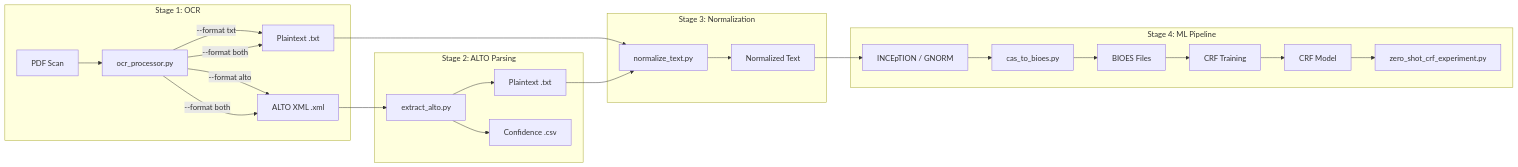
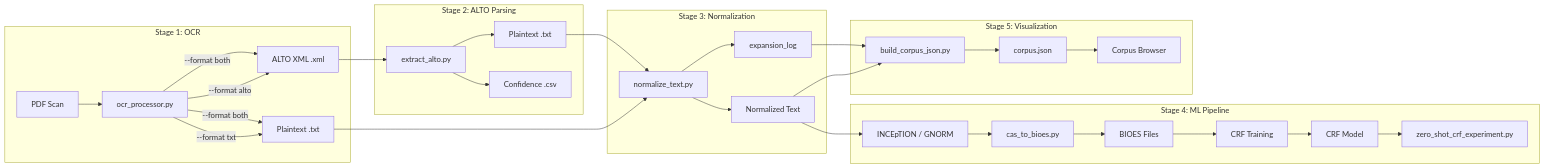
One commit to michalvalco/ITSERR-RESILIENCE-Project changed the diagram in docs/pipeline/overview.md. Above: the diagram before and after it, drawn with Mermaid. The commit also changed other lines of this file and 6 other files, not shown here.

````diff
--- a/docs/pipeline/overview.md
+++ b/docs/pipeline/overview.md
@@ -7,32 +7,40 @@
 ```mermaid
 graph LR
     subgraph "Stage 1: OCR"
         PDF[PDF Scan] --> OCR[ocr_processor.py]
         OCR -->|--format txt| TXT[Plaintext .txt]
         OCR -->|--format alto| ALTO[ALTO XML .xml]
         OCR -->|--format both| TXT
         OCR -->|--format both| ALTO
     end
 
     subgraph "Stage 2: ALTO Parsing"
         ALTO --> Parser[extract_alto.py]
         Parser --> PlainOut[Plaintext .txt]
         Parser --> CSV[Confidence .csv]
     end
 
     subgraph "Stage 3: Normalization"
         TXT --> Norm[normalize_text.py]
         PlainOut --> Norm
         Norm --> Clean[Normalized Text]
+        Norm --> ExpLog[expansion_log]
     end
 
     Clean --> Annotation[INCEpTION / GNORM]
 
     subgraph "Stage 4: ML Pipeline"
         Annotation --> CAS["cas_to_bioes.py"]
         CAS --> BIOES["BIOES Files"]
         BIOES --> Train["CRF Training"]
         Train --> Model["CRF Model"]
         Model --> ZeroShot["zero_shot_crf_experiment.py"]
     end
+
+    subgraph "Stage 5: Visualization"
+        Clean --> Builder["build_corpus_json.py"]
+        ExpLog --> Builder
+        Builder --> Corpus["corpus.json"]
+        Corpus --> Browser["Corpus Browser"]
+    end
 ```
````
